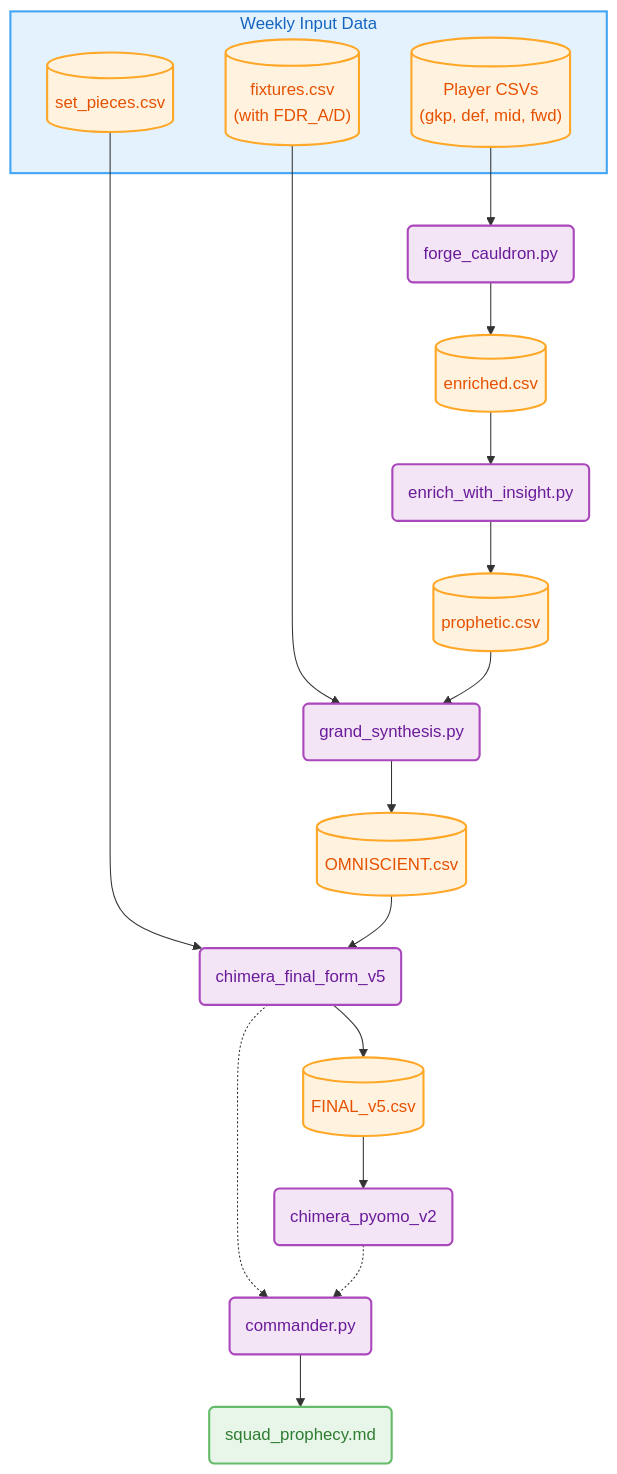
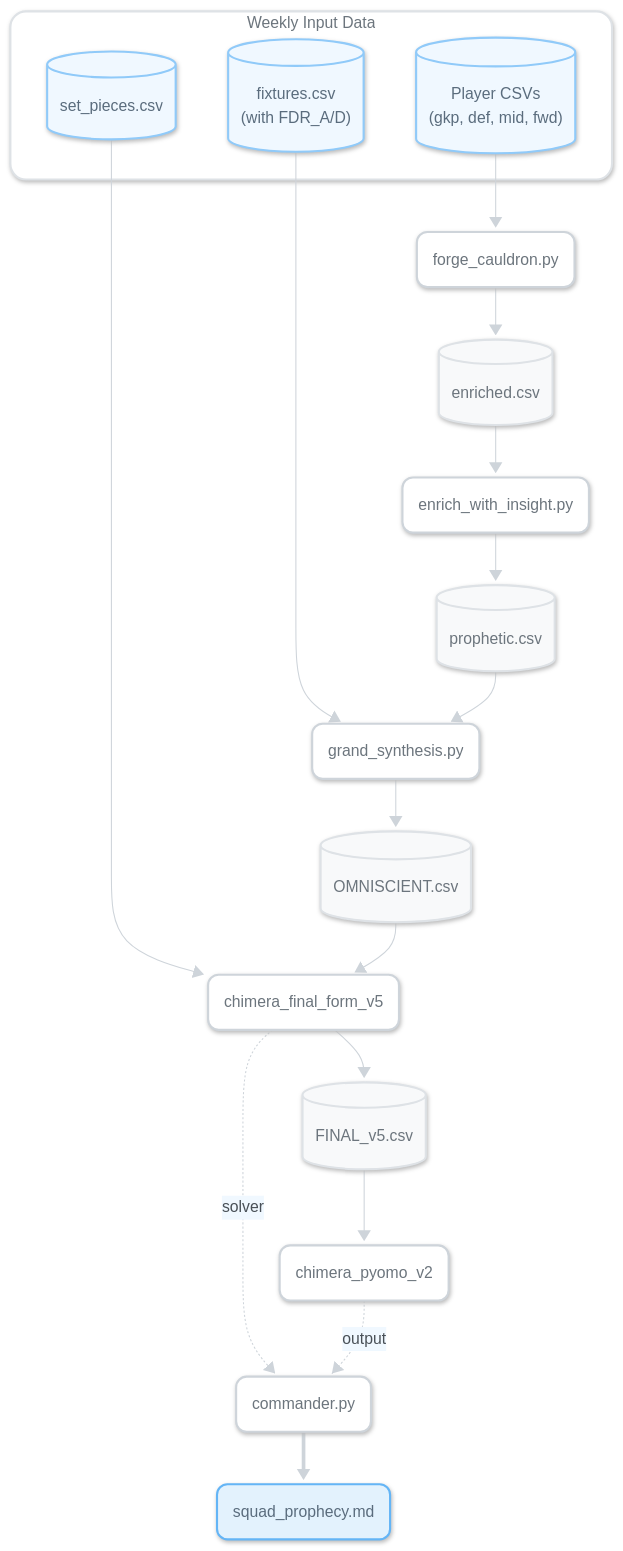
One commit to ianchanning/fpl-dominator changed the diagram in README.md. Above: the diagram before and after it, drawn with Mermaid.

Commit message:
docs: Improve Mermaid diagram styling in README

````diff
--- a/README.md
+++ b/README.md
@@ -106,55 +106,61 @@
 ```mermaid
+---
+config:
+  look: neo
+---
+%%{init: {'theme':'base', 'themeVariables': { 'primaryColor':'#fafbfc','primaryTextColor':'#6c757d','primaryBorderColor':'#dee2e6','lineColor':'#ced4da','secondaryColor':'#f0f8ff','tertiaryColor':'#f8f9fa','background':'#ffffff','mainBkg':'#fafbfc','secondBkg':'#f0f8ff','tertiaryBkg':'#f8f9fa','primaryTextColor':'#495057','fontSize':'15px','fontFamily':'system-ui, -apple-system, sans-serif'}}}%%
 graph TD
     subgraph inputs["Weekly Input Data"]
         A1[("Player CSVs<br>(gkp, def, mid, fwd)")]
         A2[("fixtures.csv<br>(with FDR_A/D)")]
         A3[("set_pieces.csv")]
     end
 
     B1("forge_cauldron.py")
     C1[("enriched.csv")]
 
     B2("enrich_with_insight.py")
     C2[("prophetic.csv")]
 
     B3("grand_synthesis.py")
     C3[("OMNISCIENT.csv")]
 
     B4("chimera_final_form_v5")
     C4[("FINAL_v5.csv")]
 
     B5("chimera_pyomo_v2")
 
     E1("commander.py")
     F1("squad_prophecy.md")
 
     A1 --> B1
     B1 --> C1
     C1 --> B2
     B2 --> C2
 
     A2 --> B3
     C2 --> B3
     B3 --> C3
 
     A3 --> B4
     C3 --> B4
     B4 --> C4
-    B4 -.-> E1
+    B4 -. solver .-> E1
 
     C4 --> B5
-    B5 -.-> E1
+    B5 -. output .-> E1
 
-    E1 --> F1
+    E1 ==> F1
 
-    %% classDef inputStyle fill:#e3f2fd,stroke:#42a5f5,stroke-width:2px,color:#1565c0
-    classDef processStyle fill:#f3e5f5,stroke:#ab47bc,stroke-width:2px,color:#6a1b9a
-    classDef dataStyle fill:#fff3e0,stroke:#ffa726,stroke-width:2px,color:#e65100
-    classDef outputStyle fill:#e8f5e9,stroke:#66bb6a,stroke-width:2px,color:#2e7d32
+    classDef inputStyle fill:#f0f8ff,stroke:#90caf9,stroke-width:2px,color:#5a6c7d,rx:10,ry:10
+    classDef processStyle fill:#fff,stroke:#ced4da,stroke-width:2px,color:#6c757d,rx:10,ry:10
+    classDef dataStyle fill:#f8f9fa,stroke:#dee2e6,stroke-width:2px,color:#6c757d,rx:10,ry:10
+    classDef outputStyle fill:#e3f2fd,stroke:#64b5f6,stroke-width:2px,color:#5a6c7d,rx:10,ry:10
 
+    class A1,A2,A3 inputStyle
     class B1,B2,B3,B4,B5,E1 processStyle
-    class A1,A2,A3,C1,C2,C3,C4 dataStyle
+    class C1,C2,C3,C4 dataStyle
     class F1 outputStyle
 
-    style inputs fill:#e3f2fd,stroke:#42a5f5,stroke-width:2px,color:#1565c0
+    style inputs fill:#ffffff,stroke:#dee2e6,stroke-width:2px,color:#6c757d,rx:15,ry:15
 ```
````
